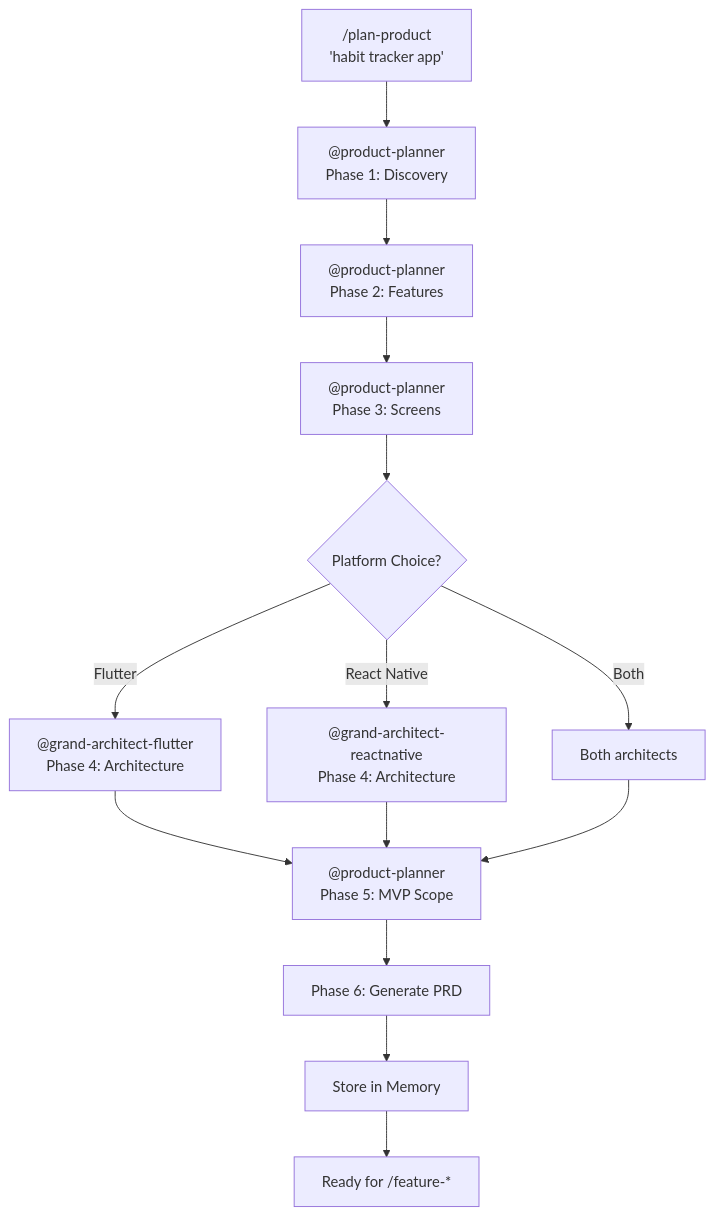
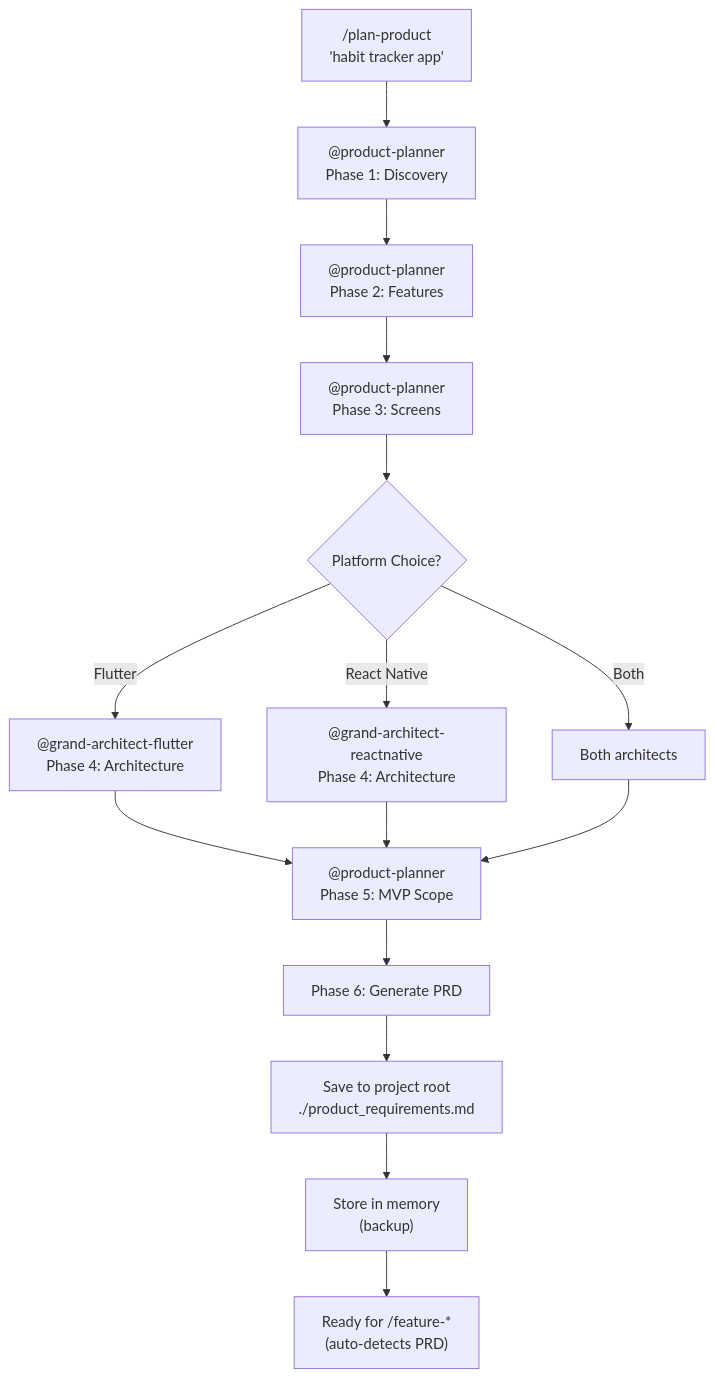
The second of 2 diagrams in .agent/workflows/plan-product.md (ellfarnaz/antigravity-ai-agent-expo-flutter), drawn with Mermaid before and after one commit. The commit also changed other lines of this file and 3 other files, not shown here.

First line of the commit message:
🔗 Integrate /plan-product with /feature-* workflows (auto-detection)

````diff
--- a/.agent/workflows/plan-product.md
+++ b/.agent/workflows/plan-product.md
@@ -338,19 +354,20 @@
 ```mermaid
 flowchart TD
     A["/plan-product\n'habit tracker app'"] --> B["@product-planner\nPhase 1: Discovery"]
     B --> C["@product-planner\nPhase 2: Features"]
     C --> D["@product-planner\nPhase 3: Screens"]
     D --> E{Platform Choice?}
     
     E -->|Flutter| F["@grand-architect-flutter\nPhase 4: Architecture"]
     E -->|React Native| G["@grand-architect-reactnative\nPhase 4: Architecture"]
     E -->|Both| H["Both architects"]
     
     F --> I["@product-planner\nPhase 5: MVP Scope"]
     G --> I
     H --> I
     
     I --> J["Phase 6: Generate PRD"]
-    J --> K["Store in Memory"]
-    K --> L["Ready for /feature-*"]
+    J --> K["Save to project root\n./product_requirements.md"]
+    K --> L["Store in memory\n(backup)"]
+    L --> M["Ready for /feature-*\n(auto-detects PRD)"]
 ```
````
